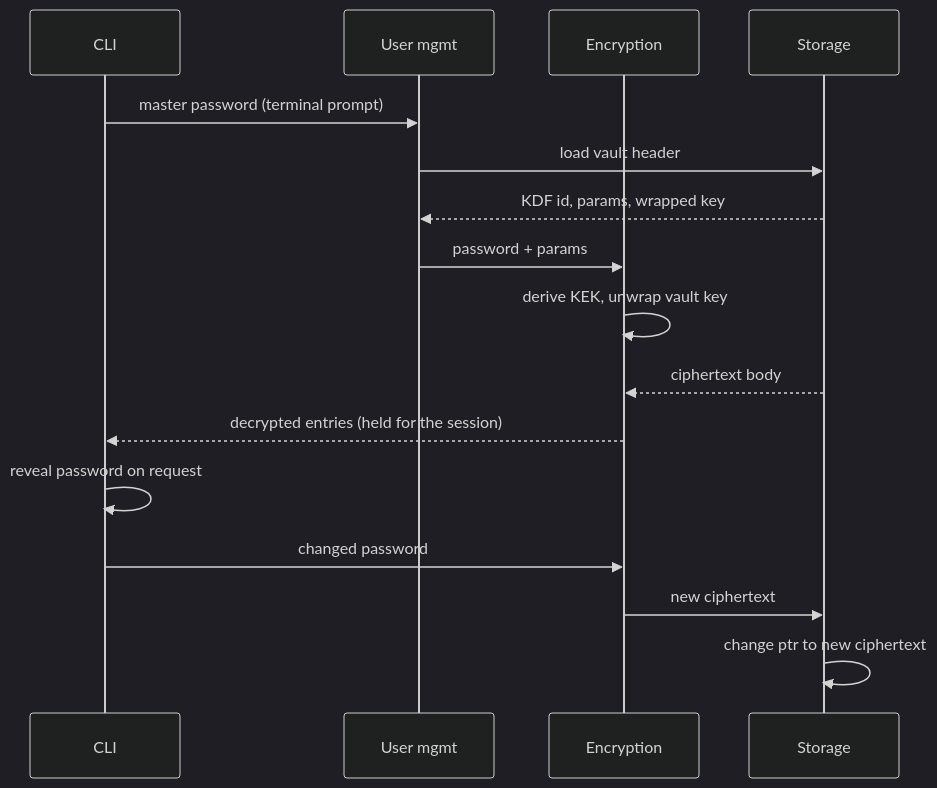
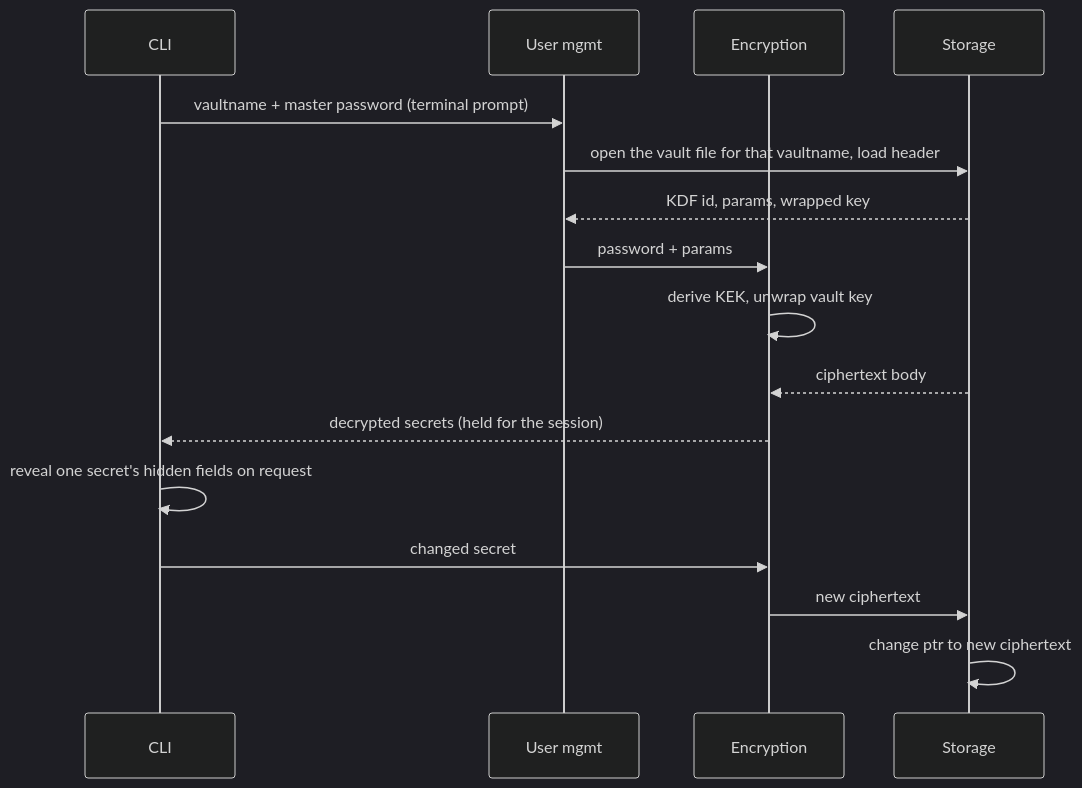
Before and after one commit to jevgeni-arefjev/secure-pass-manager: the second of 2 diagrams in secure-password-manager.md, drawn with Mermaid (dark theme). The commit also changed other lines of this file and 10 other files, not shown here.

````diff
--- a/secure-password-manager.md
+++ b/secure-password-manager.md
@@ -37,18 +37,18 @@
 ```mermaid
 sequenceDiagram
   participant CLI as CLI
   participant UM as User mgmt
   participant ENC as Encryption
   participant ST as Storage
-  CLI->>UM: master password (terminal prompt)
-  UM->>ST: load vault header
+  CLI->>UM: vaultname + master password (terminal prompt)
+  UM->>ST: open the vault file for that vaultname, load header
   ST-->>UM: KDF id, params, wrapped key
   UM->>ENC: password + params
   ENC->>ENC: derive KEK, unwrap vault key
   ST-->>ENC: ciphertext body
-  ENC-->>CLI: decrypted entries (held for the session)
-  CLI->>CLI: reveal password on request
-  CLI->>ENC: changed password
+  ENC-->>CLI: decrypted secrets (held for the session)
+  CLI->>CLI: reveal one secret's hidden fields on request
+  CLI->>ENC: changed secret
   ENC->>ST: new ciphertext
   ST->>ST: change ptr to new ciphertext 
 ```
````
